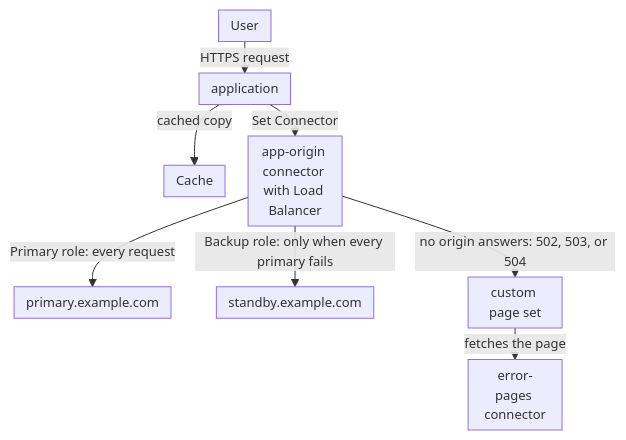
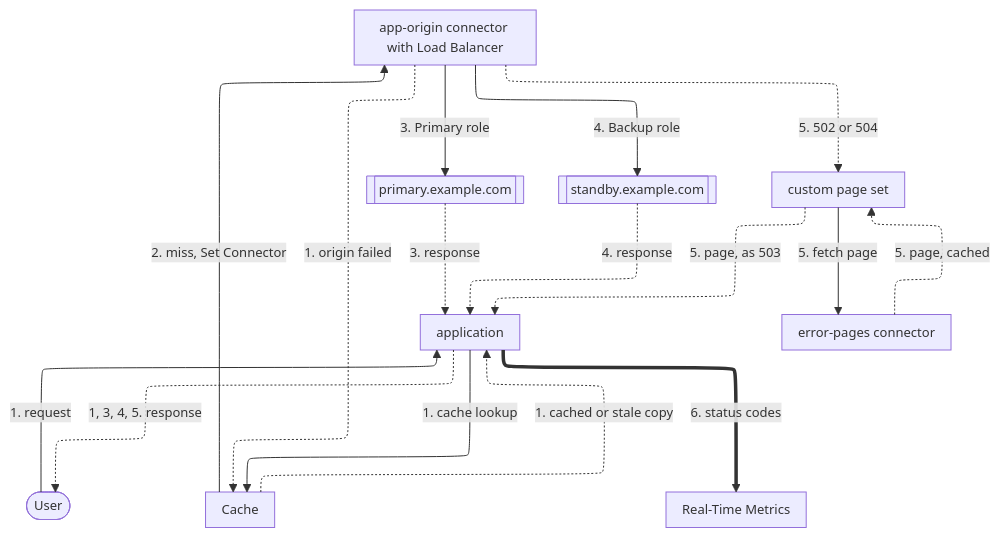
The diagram in apps/docs/src/content/docs/en/pages/use-cases/improve-performance-and-reliability/keep-an-application-online-when-an-origin-fails.mdx (aziontech/docs), drawn with Mermaid before and after one commit. The commit also changed other lines of this file and 55 other files, not shown here.

Commit message:
docs(use-cases): redraw the use-case diagrams with the way back and check their claims (#2509)

````diff
--- a/apps/docs/src/content/docs/en/pages/use-cases/improve-performance-and-reliability/keep-an-application-online-when-an-origin-fails.mdx
+++ b/apps/docs/src/content/docs/en/pages/use-cases/improve-performance-and-reliability/keep-an-application-online-when-an-origin-fails.mdx
@@ -41,11 +43,28 @@
 ```mermaid
-%%{init: {"layout": "dagre", "themeVariables": {"fontSize": "13px"}, "flowchart": {"nodeSpacing": 12, "rankSpacing": 12, "padding": 6, "wrappingWidth": 70, "minNodeWidth": 40, "useMaxWidth": true}}}%%
+%%{init: {"layout": "elk", "themeVariables": {"fontSize": "13px"}, "flowchart": {"nodeSpacing": 24, "rankSpacing": 36, "padding": 8, "wrappingWidth": 150, "useMaxWidth": true}, "sequence": {"width": 120, "actorMargin": 30, "useMaxWidth": true}}}%%
 flowchart TD
-  User["User"] -->|"HTTPS request"| App["application"]
-  App -->|"cached copy"| Cache["Cache"]
-  App -->|"Set Connector"| Pool["app-origin connector with Load Balancer"]
-  Pool -->|"Primary role: every request"| Primary["primary.example.com"]
-  Pool -->|"Backup role: only when every primary fails"| Standby["standby.example.com"]
-  Pool -->|"no origin answers: 502, 503, or 504"| Pages["custom page set"]
-  Pages -->|"fetches the page"| Errors["error-pages connector"]
+  User(["User"])
+  App["application"]
+  Cache["Cache"]
+  Pool["app-origin connector with Load Balancer"]
+  Primary[["primary.example.com"]]
+  Standby[["standby.example.com"]]
+  Pages["custom page set"]
+  Errors["error-pages connector"]
+  RTM["Real-Time Metrics"]
+  User -->|"1. request"| App
+  App -->|"1. cache lookup"| Cache
+  Cache -->|"2. miss, Set Connector"| Pool
+  Pool -->|"3. Primary role"| Primary
+  Pool -->|"4. Backup role"| Standby
+  Pages -->|"5. fetch page"| Errors
+  Cache -.->|"1. cached or stale copy"| App
+  Primary -.->|"3. response"| App
+  Standby -.->|"4. response"| App
+  Pool -.->|"1. origin failed"| Cache
+  Pool -.->|"5. 502 or 504"| Pages
+  Errors -.->|"5. page, cached"| Pages
+  Pages -.->|"5. page, as 503"| App
+  App -.->|"1, 3, 4, 5. response"| User
+  App ==>|"6. status codes"| RTM
 ```
````
